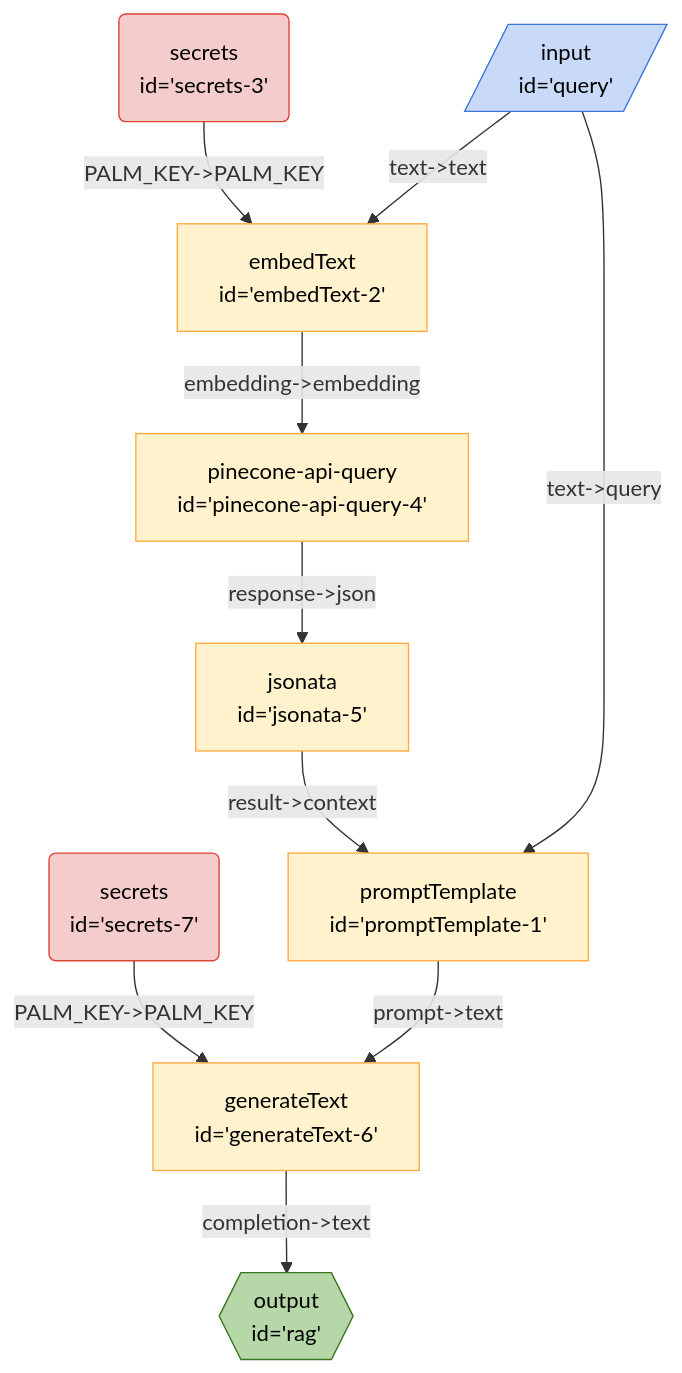
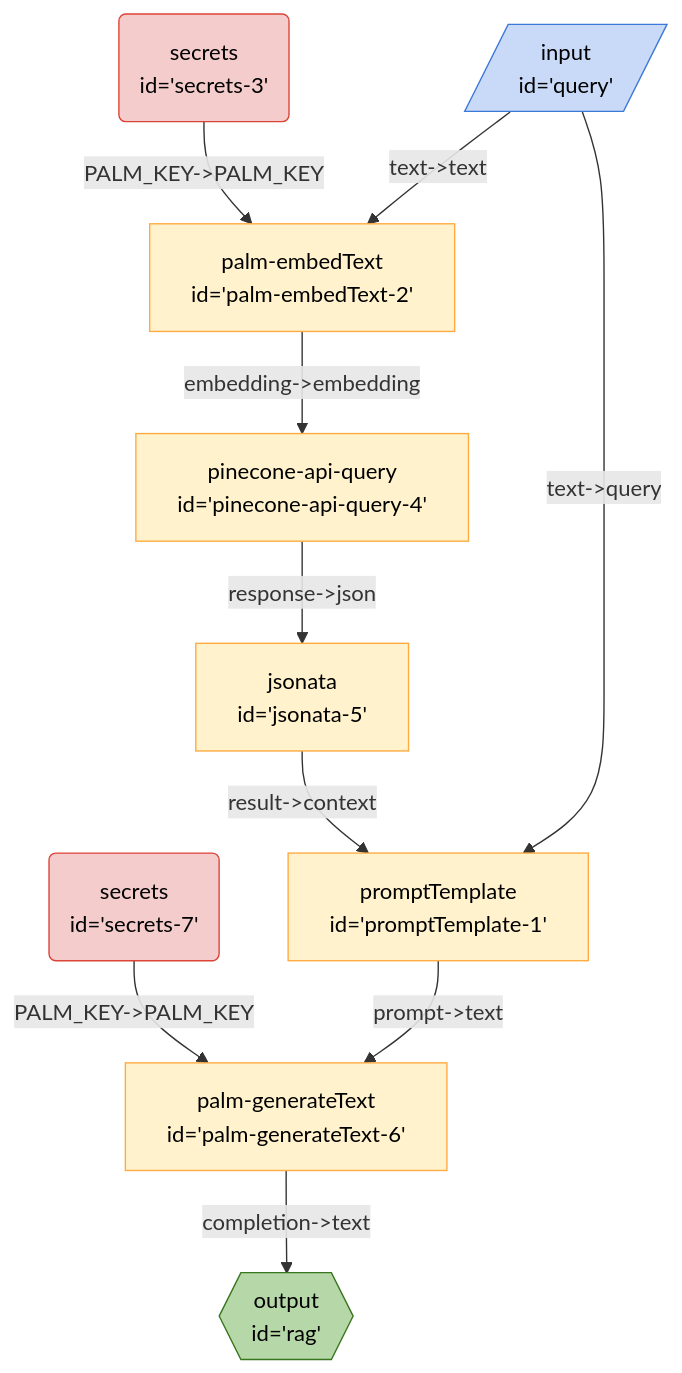
The diagram in seeds/graph-playground/docs/graphs/pinecone-query.md (breadboard-ai/breadboard), drawn with Mermaid before and after one commit. The commit also changed 55 other files, not shown here.

````diff
--- a/seeds/graph-playground/docs/graphs/pinecone-query.md
+++ b/seeds/graph-playground/docs/graphs/pinecone-query.md
@@ -5,21 +5,21 @@
   ```mermaid
   %%{init: 'themeVariables': { 'fontFamily': 'Fira Code, monospace' }}%%
 graph TD;
-secrets3("secrets <br> id='secrets-3'"):::secrets -- "PALM_KEY->PALM_KEY" --> embedText2["embedText <br> id='embedText-2'"]
+secrets3("secrets <br> id='secrets-3'"):::secrets -- "PALM_KEY->PALM_KEY" --> palmembedText2["palm-embedText <br> id='palm-embedText-2'"]
 jsonata5["jsonata <br> id='jsonata-5'"] -- "result->context" --> promptTemplate1["promptTemplate <br> id='promptTemplate-1'"]
 pineconeapiquery4["pinecone-api-query <br> id='pinecone-api-query-4'"] -- "response->json" --> jsonata5["jsonata <br> id='jsonata-5'"]
-embedText2["embedText <br> id='embedText-2'"] -- "embedding->embedding" --> pineconeapiquery4["pinecone-api-query <br> id='pinecone-api-query-4'"]
-query[/"input <br> id='query'"/]:::input -- "text->text" --> embedText2["embedText <br> id='embedText-2'"]
+palmembedText2["palm-embedText <br> id='palm-embedText-2'"] -- "embedding->embedding" --> pineconeapiquery4["pinecone-api-query <br> id='pinecone-api-query-4'"]
+query[/"input <br> id='query'"/]:::input -- "text->text" --> palmembedText2["palm-embedText <br> id='palm-embedText-2'"]
 query[/"input <br> id='query'"/]:::input -- "text->query" --> promptTemplate1["promptTemplate <br> id='promptTemplate-1'"]
-secrets7("secrets <br> id='secrets-7'"):::secrets -- "PALM_KEY->PALM_KEY" --> generateText6["generateText <br> id='generateText-6'"]
-generateText6["generateText <br> id='generateText-6'"] -- "completion->text" --> rag{{"output <br> id='rag'"}}:::output
-promptTemplate1["promptTemplate <br> id='promptTemplate-1'"] -- "prompt->text" --> generateText6["generateText <br> id='generateText-6'"]
+secrets7("secrets <br> id='secrets-7'"):::secrets -- "PALM_KEY->PALM_KEY" --> palmgenerateText6["palm-generateText <br> id='palm-generateText-6'"]
+palmgenerateText6["palm-generateText <br> id='palm-generateText-6'"] -- "completion->text" --> rag{{"output <br> id='rag'"}}:::output
+promptTemplate1["promptTemplate <br> id='promptTemplate-1'"] -- "prompt->text" --> palmgenerateText6["palm-generateText <br> id='palm-generateText-6'"]
 classDef default stroke:#ffab40,fill:#fff2ccff,color:#000
 classDef input stroke:#3c78d8,fill:#c9daf8ff,color:#000
 classDef output stroke:#38761d,fill:#b6d7a8ff,color:#000
 classDef passthrough stroke:#a64d79,fill:#ead1dcff,color:#000
 classDef slot stroke:#a64d79,fill:#ead1dcff,color:#000
 classDef config stroke:#a64d79,fill:#ead1dcff,color:#000
 classDef secrets stroke:#db4437,fill:#f4cccc,color:#000
 classDef slotted stroke:#a64d79
   ```
````
